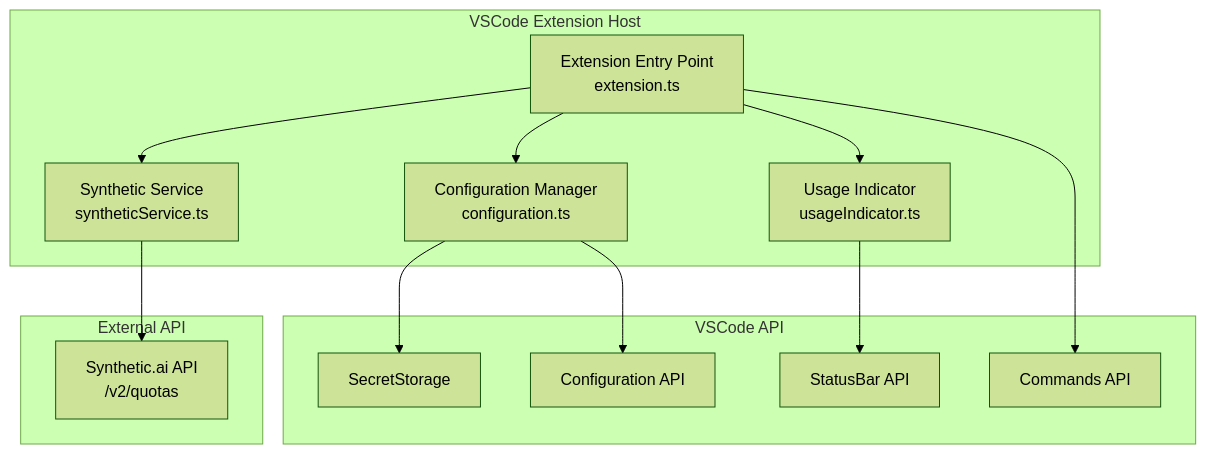
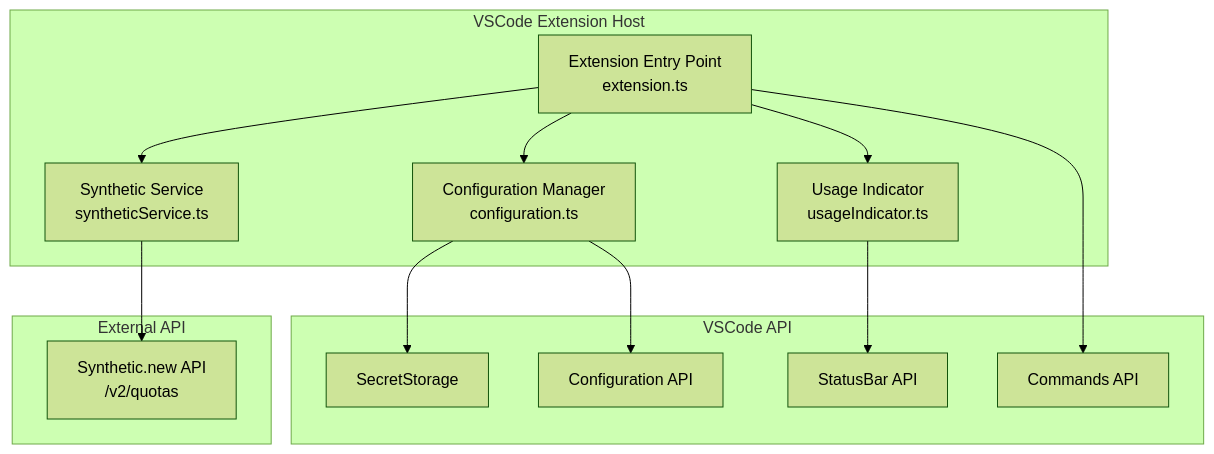
One commit to AppliedEllipsis/synthetic-usage-tracker changed the first of 4 diagrams in docs/architecture.md. Above: the diagram before and after it, drawn with Mermaid (forest theme). The commit also changed other lines of this file and 8 other files, not shown here.

````diff
--- a/docs/architecture.md
+++ b/docs/architecture.md
@@ -11,29 +11,29 @@
 ```mermaid
 graph TB
     subgraph VSCode Extension Host
         A[Extension Entry Point<br/>extension.ts]
         B[Configuration Manager<br/>configuration.ts]
         C[Synthetic Service<br/>syntheticService.ts]
         D[Usage Indicator<br/>usageIndicator.ts]
     end
 
     subgraph VSCode API
         E[SecretStorage]
         F[Configuration API]
         G[StatusBar API]
         H[Commands API]
     end
 
     subgraph External API
-        I[Synthetic.ai API<br/>/v2/quotas]
+        I[Synthetic.new API<br/>/v2/quotas]
     end
 
     A --> B
     A --> C
     A --> D
     B --> E
     B --> F
     D --> G
     A --> H
     C --> I
 ```
````
